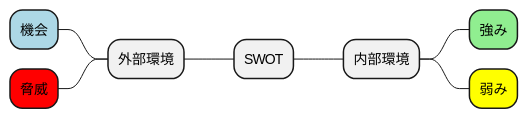
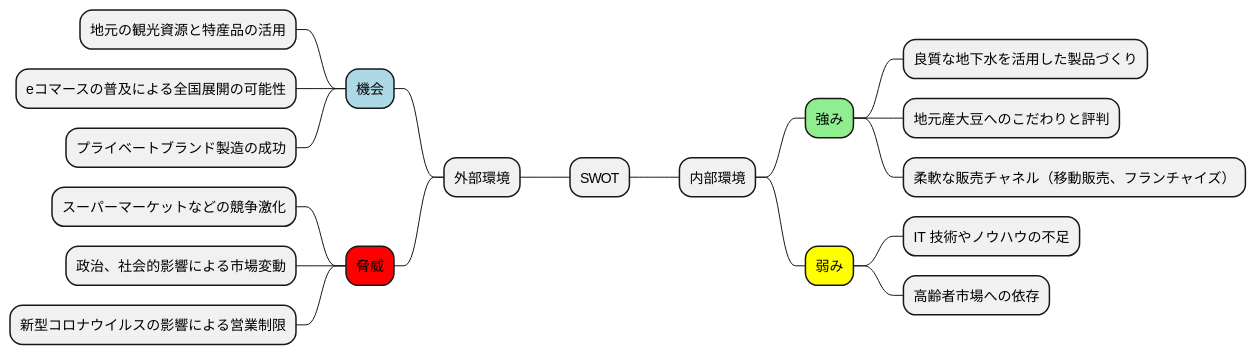
The third of 16 diagrams in docs/case/r03_case_2.adoc (k2works/case-sutudy-business-analysis), drawn with PlantUML before and after one commit. The commit also changed other lines of this file, not shown here.

```diff
--- a/docs/case/r03_case_2.adoc
+++ b/docs/case/r03_case_2.adoc
@@ -130,15 +130,26 @@
 [plantuml]
 ----
 @startmindmap
 
 * SWOT
 ** 内部環境
 ***[#lightgreen] 強み
+**** 良質な地下水を活用した製品づくり
+**** 地元産大豆へのこだわりと評判
+**** 柔軟な販売チャネル（移動販売、フランチャイズ）
 ***[#yellow] 弱み
+**** IT 技術やノウハウの不足
+**** 高齢者市場への依存
 left side
 ** 外部環境
 ***[#lightblue] 機会
+**** 地元の観光資源と特産品の活用
+**** eコマースの普及による全国展開の可能性
+**** プライベートブランド製造の成功
 ***[#red] 脅威
+**** スーパーマーケットなどの競争激化
+**** 政治、社会的影響による市場変動
+**** 新型コロナウイルスの影響による営業制限
 
 @endmindmap
 ----
```
